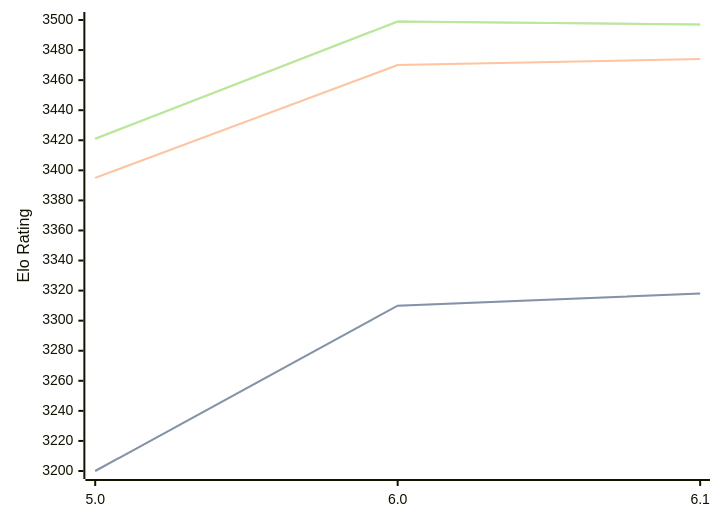
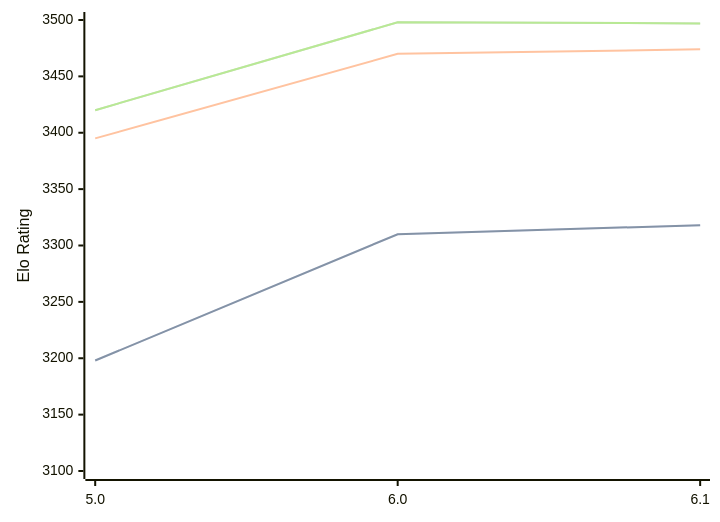
The third of 3 diagrams in engines/Starzix.md (computer-chess-index/cci), drawn with Mermaid before and after one commit. The commit also changed other lines of this file, not shown here.

Commit message:
Update CCI Ratings (ELO VLTC) - 2026-06-27

````diff
--- a/engines/Starzix.md
+++ b/engines/Starzix.md
@@ -70,11 +70,11 @@
 ```mermaid
 %%{init: {"theme":"base","themeVariables":{"seriesColors:['#a3a3a3','#222221','#faa371']}}}%%
 xychart-beta
   x-axis ["5.0", "6.0", "6.1"]
-  y-axis "Elo Rating" 3200 --> 3500
-  line "STC (8.0+0.08s)" [3200, 3310, 3318]
-  line "STC (8.0+0.08s)" [3200, 3310, 3318]
+  y-axis "Elo Rating" 3100 --> 3500
+  line "STC (8.0+0.08s)" [3198, 3310, 3318]
+  line "STC (8.0+0.08s)" [3198, 3310, 3318]
   line "LTC (60.0+0.60s)" [3395, 3470, 3474]
-  line "VLTC (2m24s+1.12s)" [3421, 3499, 3497]
-  line "VLTC (2m24s+1.12s)" [3421, 3499, 3497]
+  line "VLTC (2m24s+1.12s)" [3420, 3498, 3497]
+  line "VLTC (2m24s+1.12s)" [3420, 3498, 3497]
 ```
````
